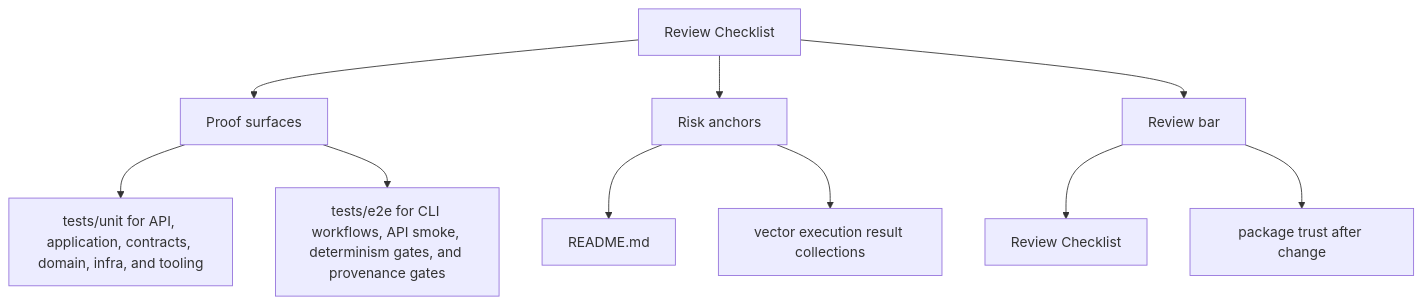
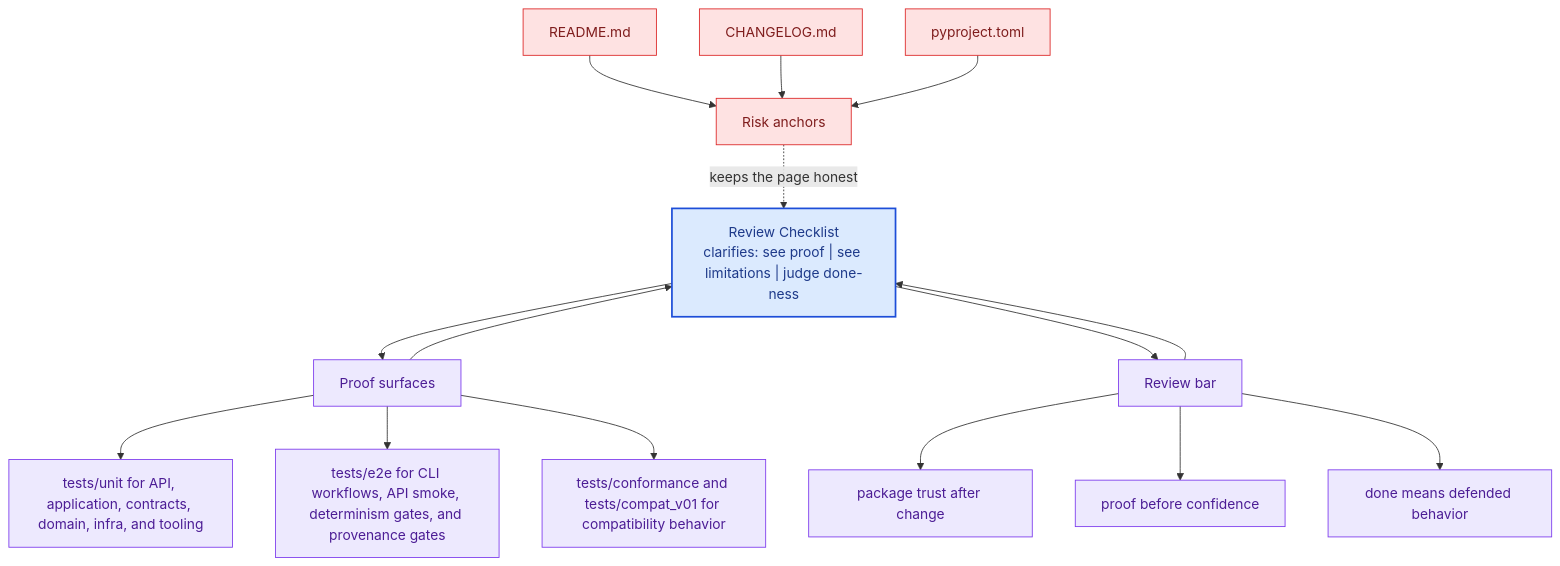
The second of 2 diagrams in docs/bijux-canon-index/quality/review-checklist.md (bijux/bijux-canon), drawn with Mermaid before and after one commit. The commit also changed other lines of this file and 281 other files, not shown here.

Commit message:
docs(diagrams): deepen handbook mermaid maps across the catalog

````diff
--- a/docs/bijux-canon-index/quality/review-checklist.md
+++ b/docs/bijux-canon-index/quality/review-checklist.md
@@ -34,22 +67,41 @@
 ```mermaid
-flowchart TD
-    page["Review Checklist"]
+flowchart TB
+    promise["Review Checklist<br/>clarifies: see proof | see limitations | judge done-ness"]
+    classDef promise fill:#dbeafe,stroke:#1d4ed8,color:#1e3a8a,stroke-width:2px;
+    classDef driver fill:#dcfce7,stroke:#16a34a,color:#14532d;
+    classDef constraint fill:#fee2e2,stroke:#dc2626,color:#7f1d1d;
+    classDef ground fill:#ede9fe,stroke:#7c3aed,color:#4c1d95;
     focus1["Proof surfaces"]
-    page --> focus1
+    focus1 --> promise
+    promise --> focus1
     focus1_1["tests/unit for API, application, contracts, domain, infra, and tooling"]
     focus1 --> focus1_1
     focus1_2["tests/e2e for CLI workflows, API smoke, determinism gates, and provenance gates"]
     focus1 --> focus1_2
+    focus1_3["tests/conformance and tests/compat_v01 for compatibility behavior"]
+    focus1 --> focus1_3
+    class focus1 ground;
+    class focus1_1,focus1_2,focus1_3 ground;
     focus2["Risk anchors"]
-    page --> focus2
+    focus2 -.keeps the page honest.-> promise
     focus2_1["README.md"]
-    focus2 --> focus2_1
-    focus2_2["vector execution result collections"]
-    focus2 --> focus2_2
+    focus2_1 --> focus2
+    focus2_2["CHANGELOG.md"]
+    focus2_2 --> focus2
+    focus2_3["pyproject.toml"]
+    focus2_3 --> focus2
+    class focus2 constraint;
+    class focus2_1,focus2_2,focus2_3 constraint;
     focus3["Review bar"]
-    page --> focus3
-    focus3_1["Review Checklist"]
+    focus3 --> promise
+    promise --> focus3
+    focus3_1["package trust after change"]
     focus3 --> focus3_1
-    focus3_2["package trust after change"]
+    focus3_2["proof before confidence"]
     focus3 --> focus3_2
+    focus3_3["done means defended behavior"]
+    focus3 --> focus3_3
+    class focus3 ground;
+    class focus3_1,focus3_2,focus3_3 ground;
+    class promise promise;
 ```
````
